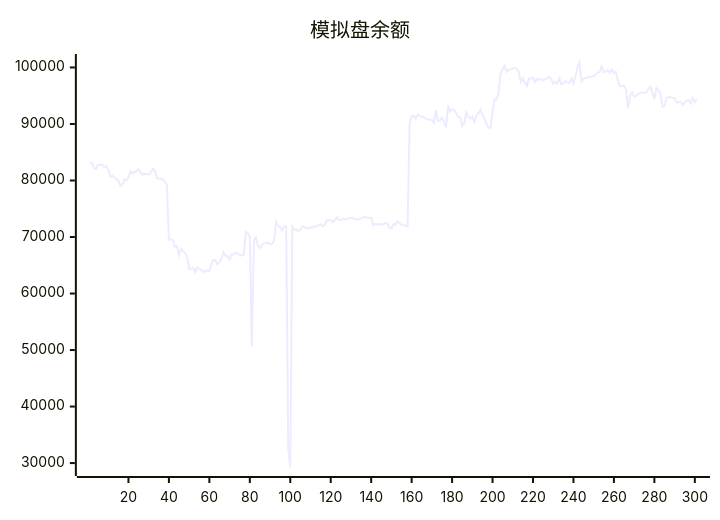
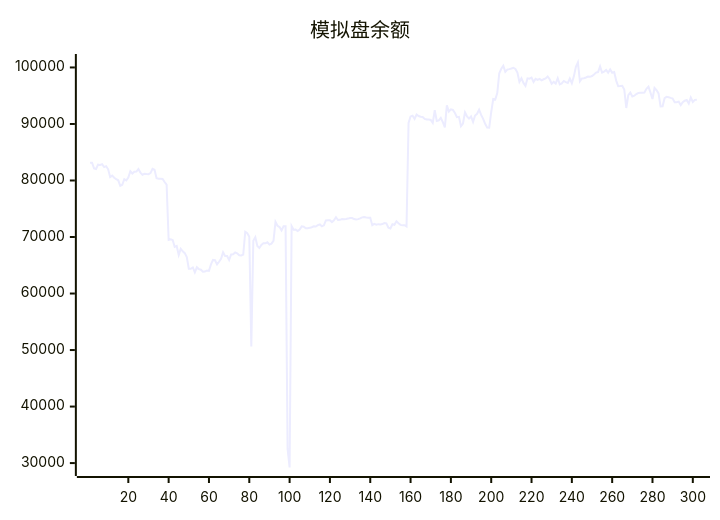
Before and after one commit to aahl/ai-trading: the diagram in README.md, drawn with Mermaid. The commit also changed other lines of this file and 1 other file, not shown here.

````diff
--- a/README.md
+++ b/README.md
@@ -5,5 +5,5 @@
 ```mermaid
 xychart
     title "模拟盘余额"
-    line [83144,83145,82150,82038,82797,82763,82872,82367,82536,81981,80612,80862,80484,80242,80034,79063,79245,80227,80016,80507,81625,81233,81544,81578,82016,81401,81019,81186,81130,81118,81306,82066,81909,80392,80304,80291,80258,79729,79261,69466,69579,69456,68251,68415,66832,67911,67462,67144,66432,64380,64375,64606,63741,64647,64324,64216,63842,63877,64079,64008,65156,65945,65888,65157,65625,66144,67284,66653,66639,65924,66925,66956,67263,67108,66766,66729,66886,70927,70673,70049,50652,69334,69973,68400,68061,68578,68877,68879,69055,68662,68822,69329,72687,71999,71760,71163,71911,71896,32500,29218,71927,71297,71305,71044,71337,71883,71822,71536,71536,71622,71723,71880,71860,72100,72216,71887,72077,72940,72976,72966,72638,72948,73497,73004,73041,73173,73160,73187,73258,73375,73351,73173,73098,73161,73305,73474,73536,73457,73413,73412,72100,72333,72164,72272,72204,72285,72461,72421,71652,71521,72267,72157,72774,72425,72144,72060,72091,71858,90185,91338,91466,90900,91678,91404,91268,91244,90903,90779,90787,90721,90187,92429,90518,90619,91070,90328,89376,93286,92202,92581,92485,91947,91196,91259,89619,90086,92063,91355,90950,91327,90373,91498,91800,92531,91603,90910,90031,89351,89334,92097,94406,94315,95455,98972,99763,100286,99229,99622,99701,99805,99938,99738,99082,97430,98094,97267,96741,98081,98013,98194,97447,97983,97789,97969,97729,97911,98043,98405,97912,97120,97448,97154,98095,97021,97191,97616,97402,97263,98035,97210,98424,100121,100876,97552,98049,98085,98228,98388,98342,98488,98750,99086,99181,100188,99107,99272,99553,99072,99636,99061,99186,97674,96679,96704,96743,96096,92830,95088,95560,94866,94995,95295,95497,95531,95527,95559,96236,96597,95538,94422,96363,95972,95418,93095,93128,94558,94795,94727,94611,94508,93857,93852,93955,93340,93862,94112,94249,93603,94682,93898,94267]
+    line [83144,83145,82150,82038,82797,82763,82872,82367,82536,81981,80612,80862,80484,80242,80034,79063,79245,80227,80016,80507,81625,81233,81544,81578,82016,81401,81019,81186,81130,81118,81306,82066,81909,80392,80304,80291,80258,79729,79261,69466,69579,69456,68251,68415,66832,67911,67462,67144,66432,64380,64375,64606,63741,64647,64324,64216,63842,63877,64079,64008,65156,65945,65888,65157,65625,66144,67284,66653,66639,65924,66925,66956,67263,67108,66766,66729,66886,70927,70673,70049,50652,69334,69973,68400,68061,68578,68877,68879,69055,68662,68822,69329,72687,71999,71760,71163,71911,71896,32500,29218,71927,71297,71305,71044,71337,71883,71822,71536,71536,71622,71723,71880,71860,72100,72216,71887,72077,72940,72976,72966,72638,72948,73497,73004,73041,73173,73160,73187,73258,73375,73351,73173,73098,73161,73305,73474,73536,73457,73413,73412,72100,72333,72164,72272,72204,72285,72461,72421,71652,71521,72267,72157,72774,72425,72144,72060,72091,71858,90185,91338,91466,90900,91678,91404,91268,91244,90903,90779,90787,90721,90187,92429,90518,90619,91070,90328,89376,93286,92202,92581,92485,91947,91196,91259,89619,90086,92063,91355,90950,91327,90373,91498,91800,92531,91603,90910,90031,89351,89334,92097,94406,94315,95455,98972,99763,100286,99229,99622,99701,99805,99938,99738,99082,97430,98094,97267,96741,98081,98013,98194,97447,97983,97789,97969,97729,97911,98043,98405,97912,97120,97448,97154,98095,97021,97191,97616,97402,97263,98035,97210,98424,100121,100876,97552,98049,98085,98228,98388,98342,98488,98750,99086,99181,100188,99107,99272,99553,99072,99636,99061,99186,97674,96679,96704,96743,96096,92830,95088,95560,94866,94995,95295,95497,95531,95527,95559,96236,96597,95538,94422,96363,95972,95418,93095,93128,94558,94795,94727,94611,94508,93857,93852,93955,93340,93862,94112,94249,93603,94682,93898,94267,94288]
 ```
````
